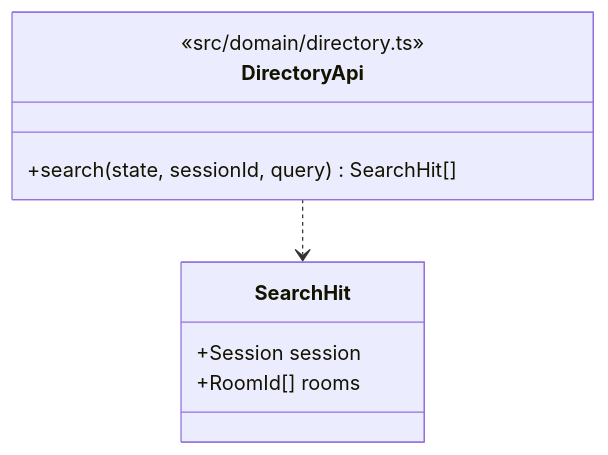
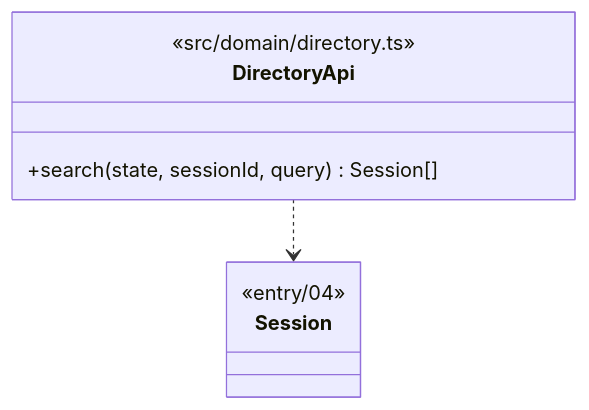
The diagram in docs/architecture/diagrams/directory/07-class-domain-api.md (benoit-bremaud/asv), drawn with Mermaid before and after one commit. The commit also changed other lines of this file and 27 other files, not shown here.

First line of the commit message:
feat(private): brick 6 — private conversations, ignore and directory search

````diff
--- a/docs/architecture/diagrams/directory/07-class-domain-api.md
+++ b/docs/architecture/diagrams/directory/07-class-domain-api.md
@@ -16,12 +16,11 @@
 ```mermaid
 classDiagram
   class DirectoryApi {
     <<src/domain/directory.ts>>
-    +search(state, sessionId, query) SearchHit[]
+    +search(state, sessionId, query) Session[]
   }
-  class SearchHit {
-    +Session session
-    +RoomId[] rooms
+  class Session {
+    <<entry/04>>
   }
-  DirectoryApi ..> SearchHit
+  DirectoryApi ..> Session
 ```
````
